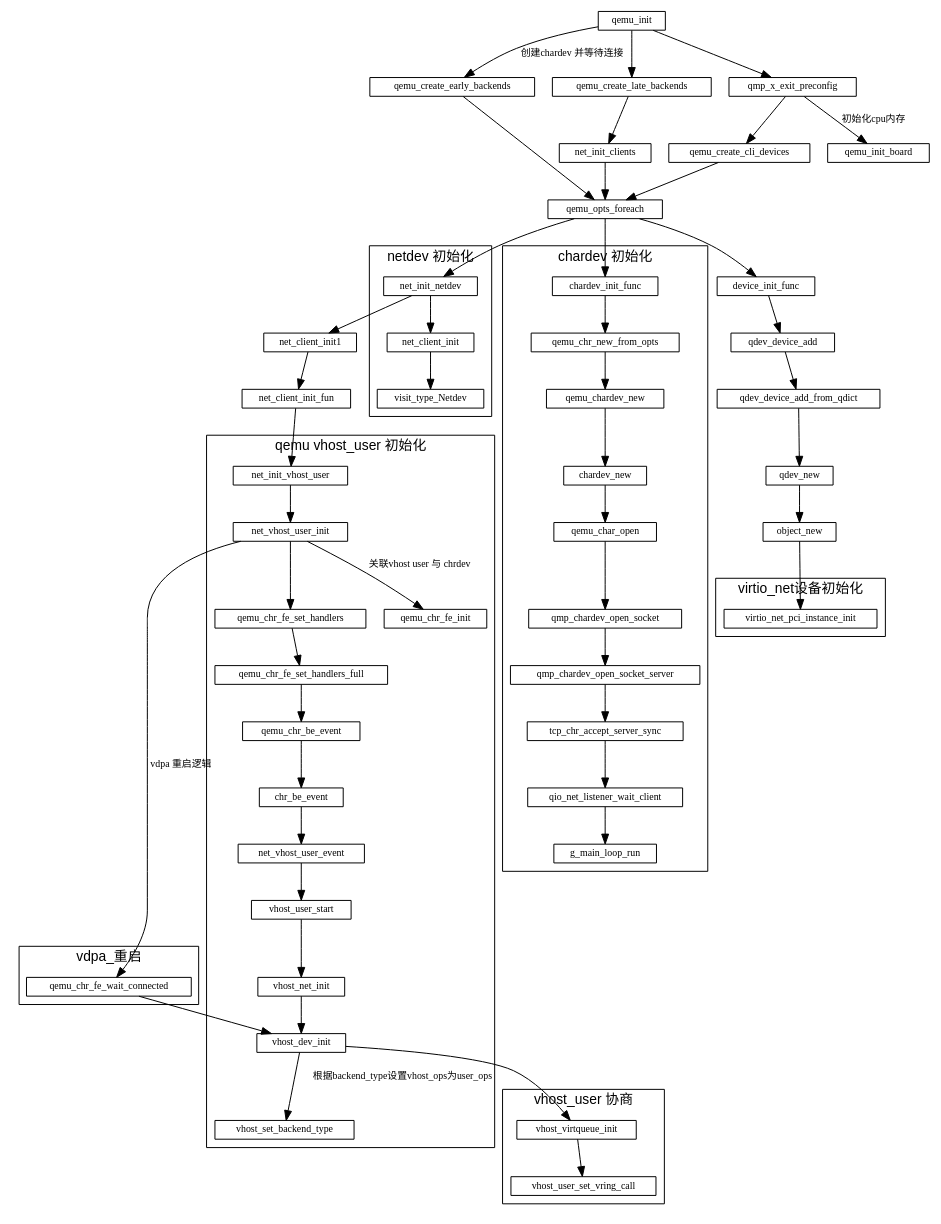
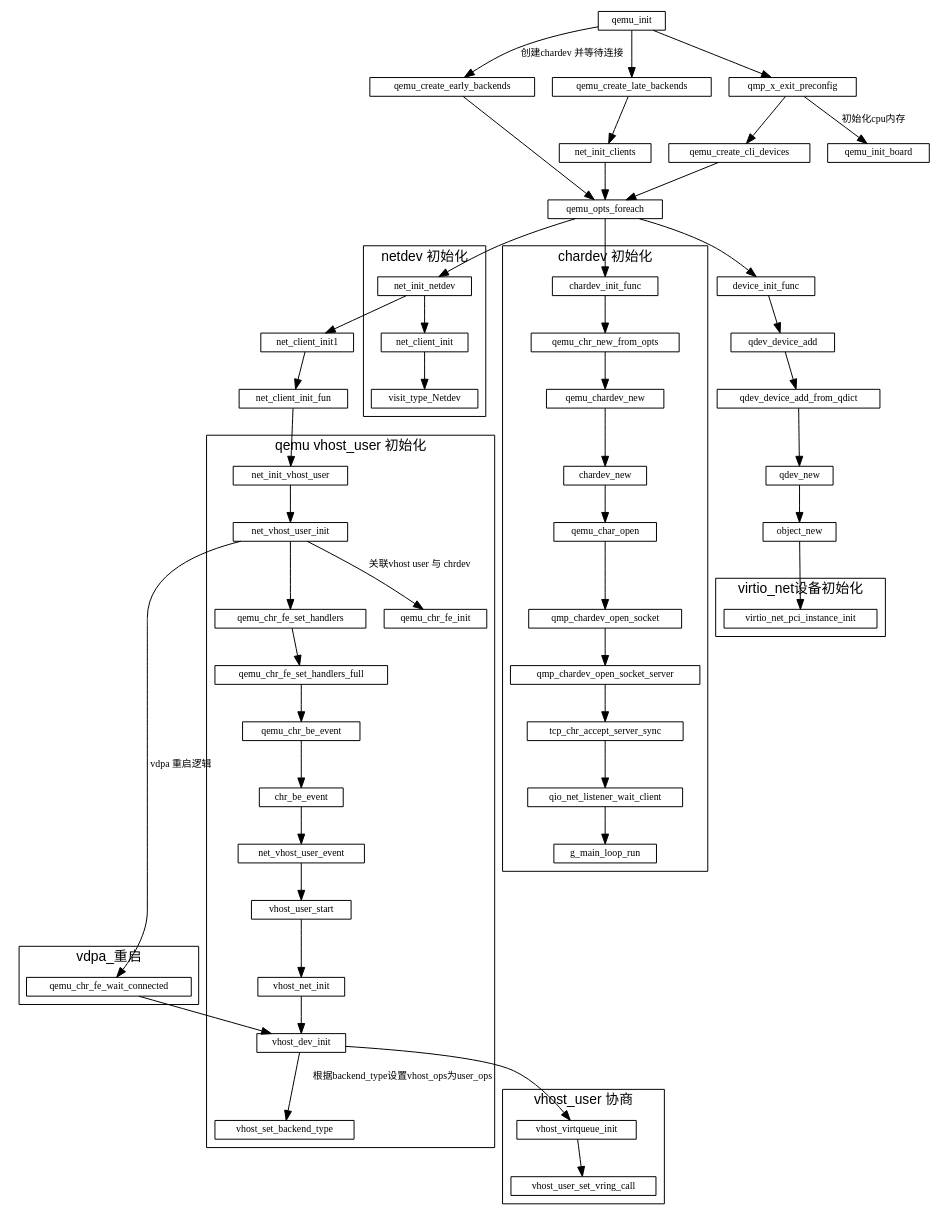
Before and after one commit to sisyphus1212/note: the diagram in qemu/qemu初始化.md, drawn with Graphviz.

Commit message:
auto_update

```diff
--- a/qemu/qemu初始化.md
+++ b/qemu/qemu初始化.md
@@ -57,7 +57,7 @@
                             -> net_vhost_user_event
                             -> vhost_user_start
                             -> vhost_net_init
-                            -> vhost_dev_init[weight=10]
+                            -> vhost_dev_init[weight=2]
                                vhost_dev_init
                             -> vhost_set_backend_type[label="根据backend_type设置vhost_ops为user_ops"]
 
```
